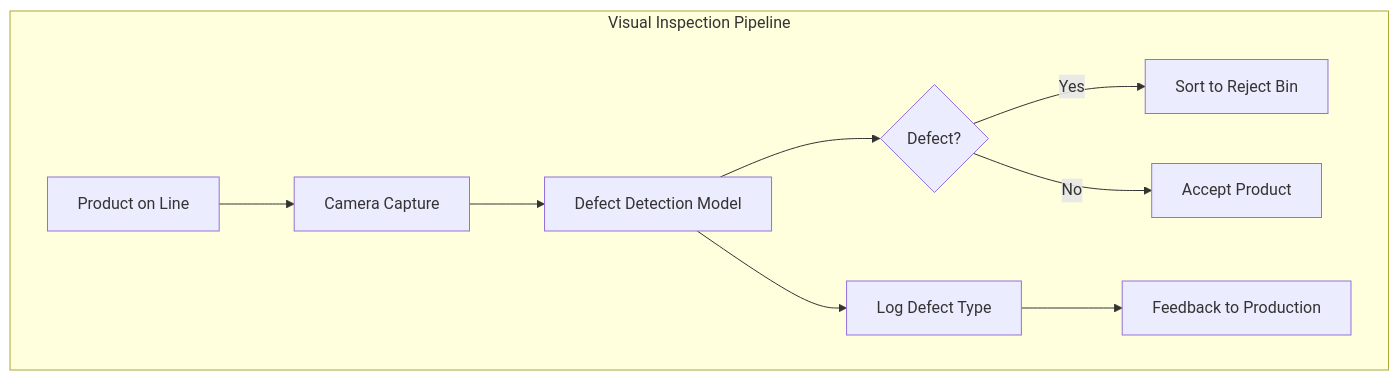
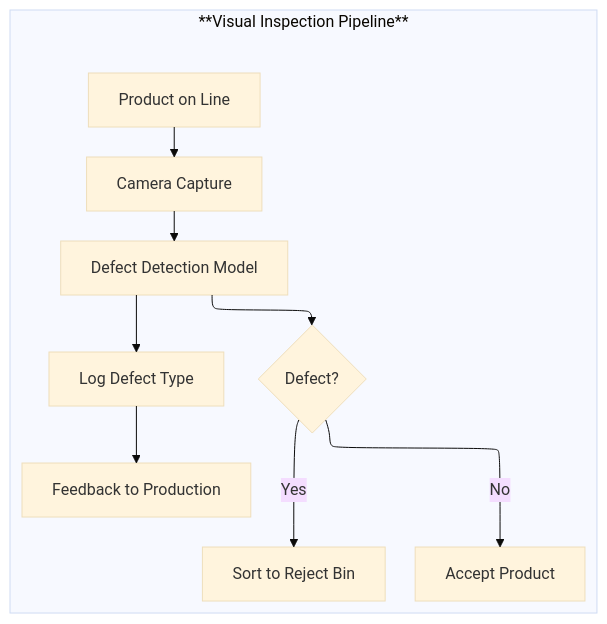
One commit to Vineet-Sharma-Medium-Stories/Medium-Build-Tool changed the diagram in The 2026 AI Metromap/The 2026 AI Metromap: AI in Robotics, Manufacturing, and Supply Chain.md. Above: the diagram before and after it, drawn with Mermaid. The commit also changed 37 other files, not shown here.

````diff
--- a/The 2026 AI Metromap/The 2026 AI Metromap: AI in Robotics, Manufacturing, and Supply Chain.md
+++ b/The 2026 AI Metromap/The 2026 AI Metromap: AI in Robotics, Manufacturing, and Supply Chain.md
@@ -69,14 +69,19 @@
 ```mermaid
+---
+config:
+  theme: base
+  layout: elk
+---
 graph TD
-    subgraph "Visual Inspection Pipeline"
+    subgraph "**Visual Inspection Pipeline**"
         P[Product on Line] --> C[Camera Capture]
         C --> D[Defect Detection Model]
         D --> R{Defect?}
         
         R -->|Yes| S[Sort to Reject Bin]
         R -->|No| A[Accept Product]
         
         D --> L[Log Defect Type]
         L --> F[Feedback to Production]
     end
 ```
````
